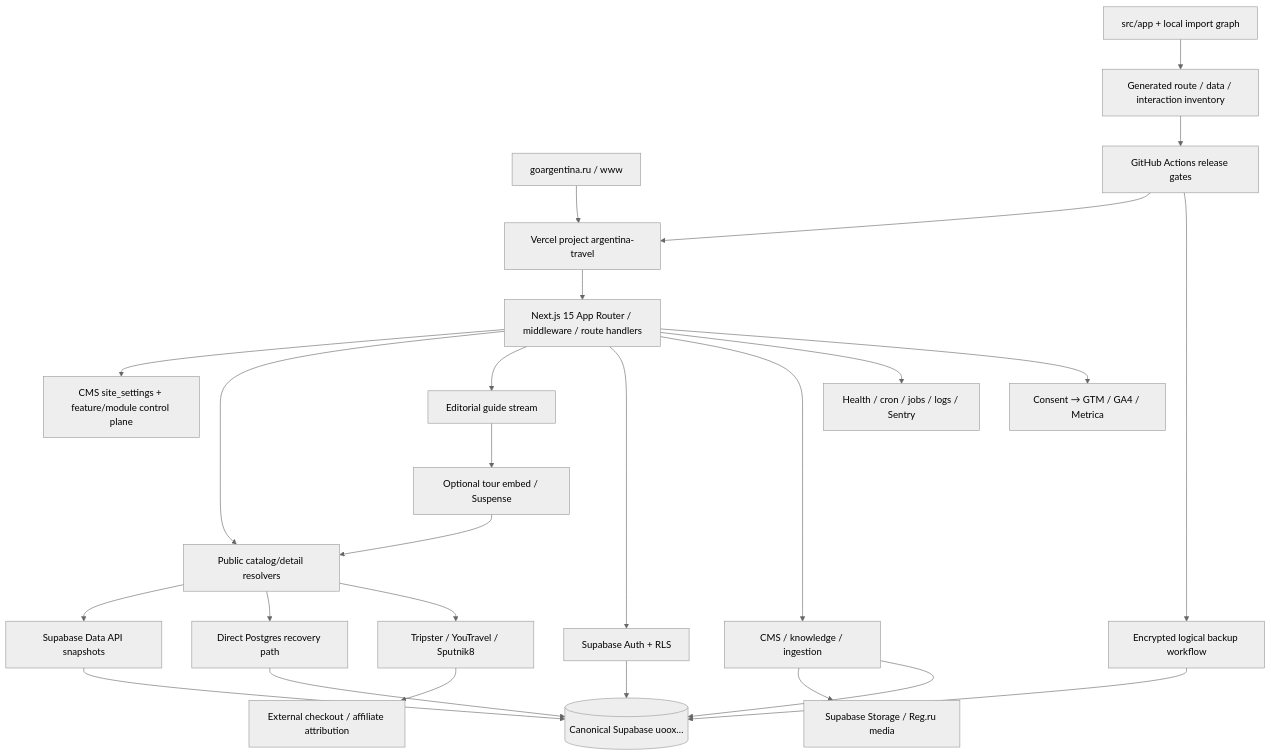
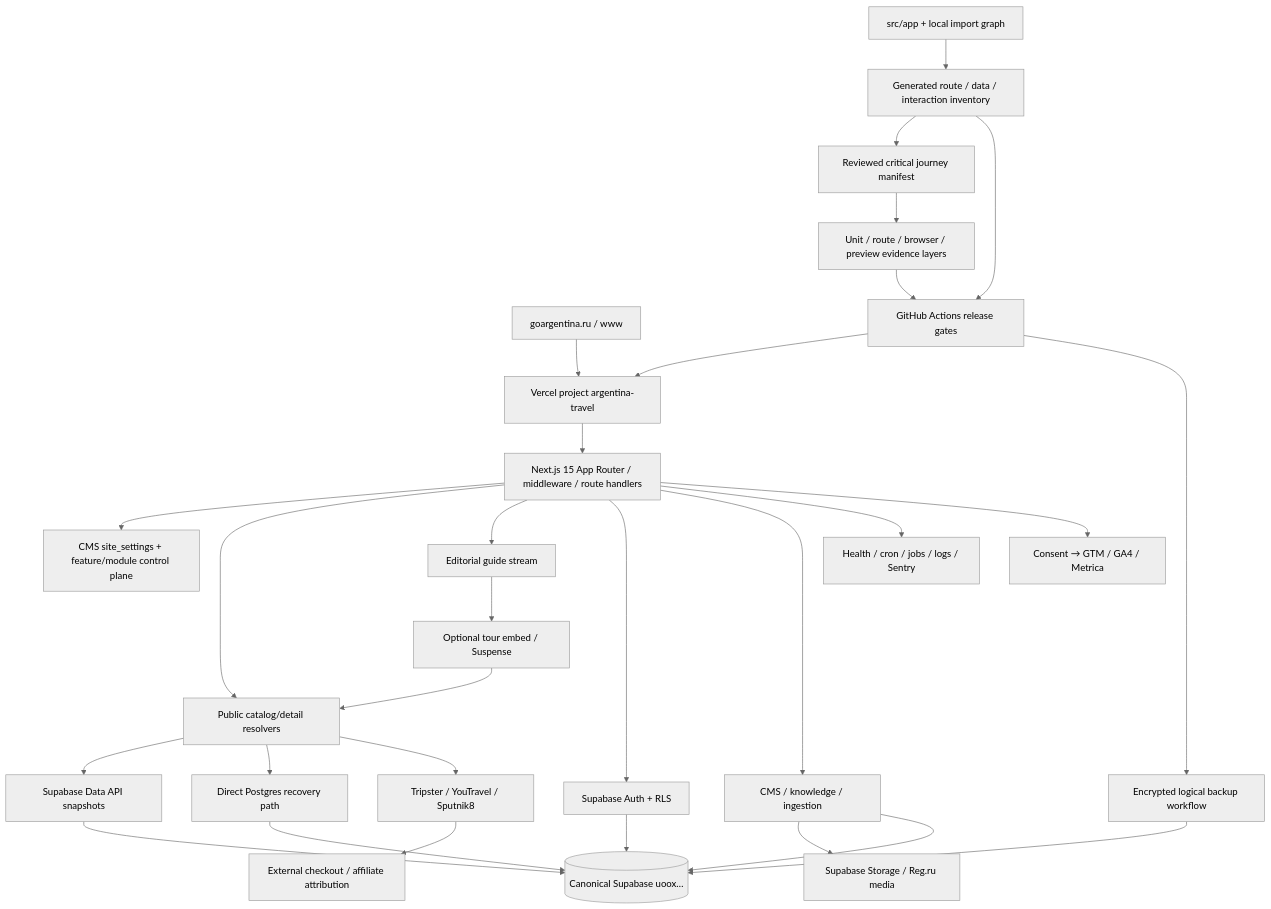
Before and after one commit to Evdokimychev/argentina-travel: the diagram in docs/project-governance/DEPENDENCY_GRAPH.md, drawn with Mermaid (neutral theme). The commit also changed other lines of this file and 6 other files, not shown here.

Commit message:
docs: record critical interaction evidence

````diff
--- a/docs/project-governance/DEPENDENCY_GRAPH.md
+++ b/docs/project-governance/DEPENDENCY_GRAPH.md
@@ -5,28 +5,31 @@
 ```mermaid
 flowchart TD
   DNS["goargentina.ru / www"] --> Vercel["Vercel project argentina-travel"]
   Vercel --> Next["Next.js 15 App Router / middleware / route handlers"]
   Next --> Control["CMS site_settings + feature/module control plane"]
   Next --> Resolver["Public catalog/detail resolvers"]
   Next --> Guide["Editorial guide stream"]
   Guide --> Optional["Optional tour embed / Suspense"]
   Optional --> Resolver
   Next --> Auth["Supabase Auth + RLS"]
   Next --> CMS["CMS / knowledge / ingestion"]
   Resolver --> Rest["Supabase Data API snapshots"]
   Resolver --> PG["Direct Postgres recovery path"]
   Resolver --> Partners["Tripster / YouTravel / Sputnik8"]
   Partners --> Affiliate["External checkout / affiliate attribution"]
   CMS --> Storage["Supabase Storage / Reg.ru media"]
   Next --> Ops["Health / cron / jobs / logs / Sentry"]
   Next --> Analytics["Consent → GTM / GA4 / Metrica"]
   GitHub["GitHub Actions release gates"] --> Vercel
   Source["src/app + local import graph"] --> Inventory["Generated route / data / interaction inventory"]
+  Inventory --> Critical["Reviewed critical journey manifest"]
+  Critical --> Contracts["Unit / route / browser / preview evidence layers"]
   Inventory --> GitHub
+  Contracts --> GitHub
   GitHub --> Backup["Encrypted logical backup workflow"]
   Backup --> Supabase[("Canonical Supabase uoox…")]
   Rest --> Supabase
   PG --> Supabase
   Auth --> Supabase
   CMS --> Supabase
 ```
````
